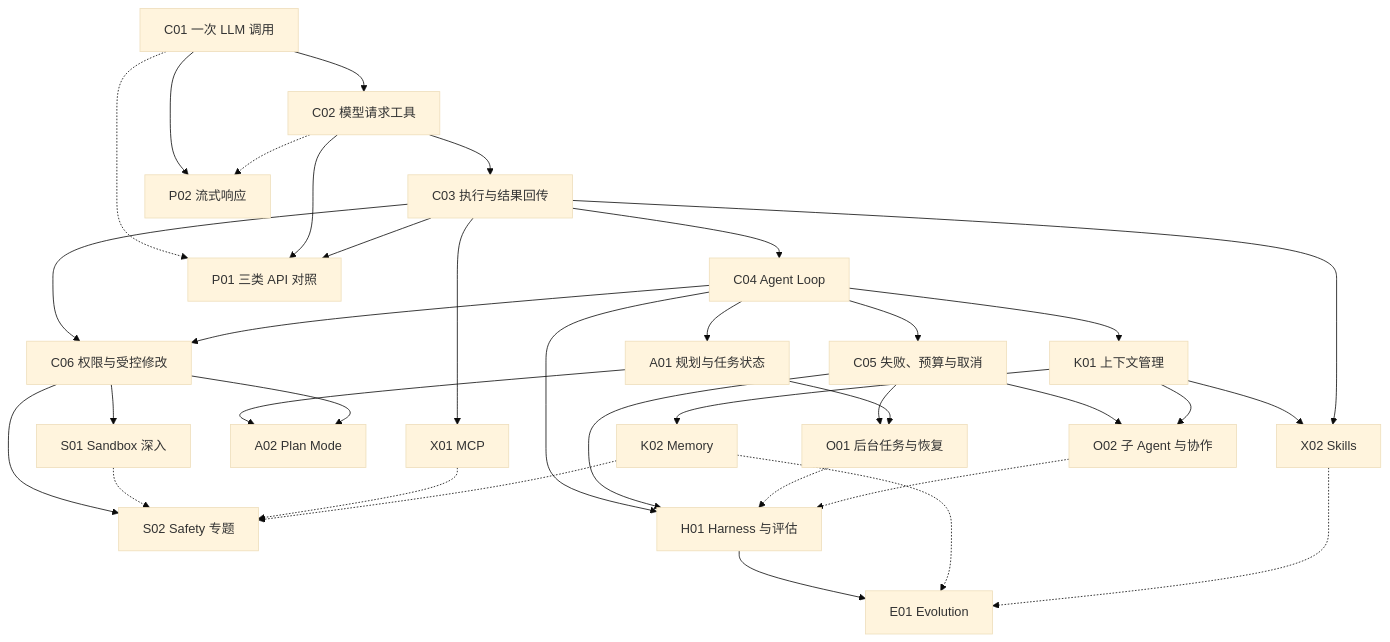
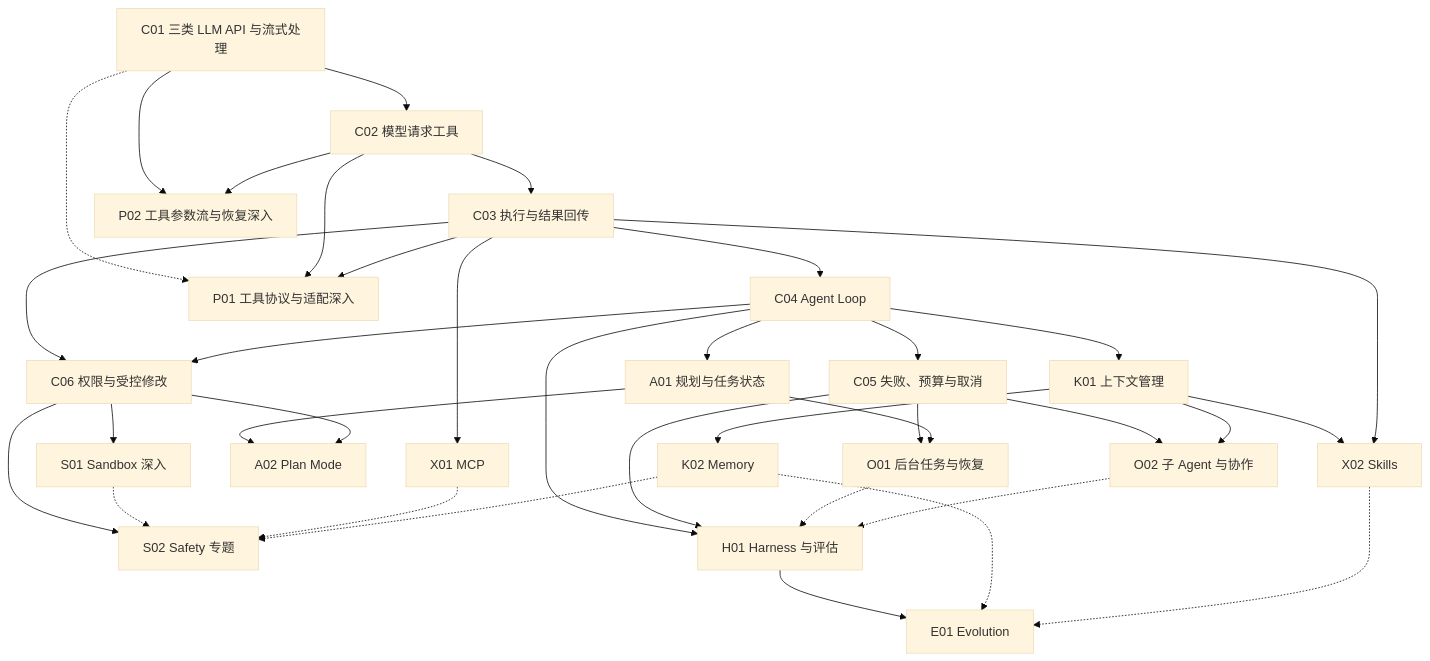
Before and after one commit to hi-neason/agent-decode: the diagram in docs/curriculum-roadmap.md, drawn with Mermaid (base theme). The commit also changed other lines of this file and 8 other files, not shown here.

Commit message:
feat: add Chinese LLM API and streaming lesson

````diff
--- a/docs/curriculum-roadmap.md
+++ b/docs/curriculum-roadmap.md
@@ -27,38 +29,38 @@
 ```mermaid
 flowchart TD
-    C01["C01 一次 LLM 调用"] --> C02["C02 模型请求工具"]
+    C01["C01 三类 LLM API 与流式处理"] --> C02["C02 模型请求工具"]
     C02 --> C03["C03 执行与结果回传"]
     C03 --> C04["C04 Agent Loop"]
     C04 --> C05["C05 失败、预算与取消"]
     C03 --> C06["C06 权限与受控修改"]
     C04 --> C06
-    C01 -.-> P01["P01 三类 API 对照"]
+    C01 -.-> P01["P01 工具协议与适配深入"]
     C02 --> P01
     C03 --> P01
-    C01 --> P02["P02 流式响应"]
-    C02 -.-> P02
+    C01 --> P02["P02 工具参数流与恢复深入"]
+    C02 --> P02
     C03 --> X01["X01 MCP"]
     C06 --> S01["S01 Sandbox 深入"]
     C04 --> A01["A01 规划与任务状态"]
     A01 --> A02["A02 Plan Mode"]
     C06 --> A02
     C04 --> K01["K01 上下文管理"]
     K01 --> K02["K02 Memory"]
     K01 --> X02["X02 Skills"]
     C03 --> X02
     C05 --> O01["O01 后台任务与恢复"]
     A01 --> O01
     C05 --> O02["O02 子 Agent 与协作"]
     K01 --> O02
     C06 --> S02["S02 Safety 专题"]
     S01 -.-> S02
     X01 -.-> S02
     K02 -.-> S02
     C04 --> H01["H01 Harness 与评估"]
     C05 --> H01
     O01 -.-> H01
     O02 -.-> H01
     H01 --> E01["E01 Evolution"]
     K02 -.-> E01
     X02 -.-> E01
 ```
````
